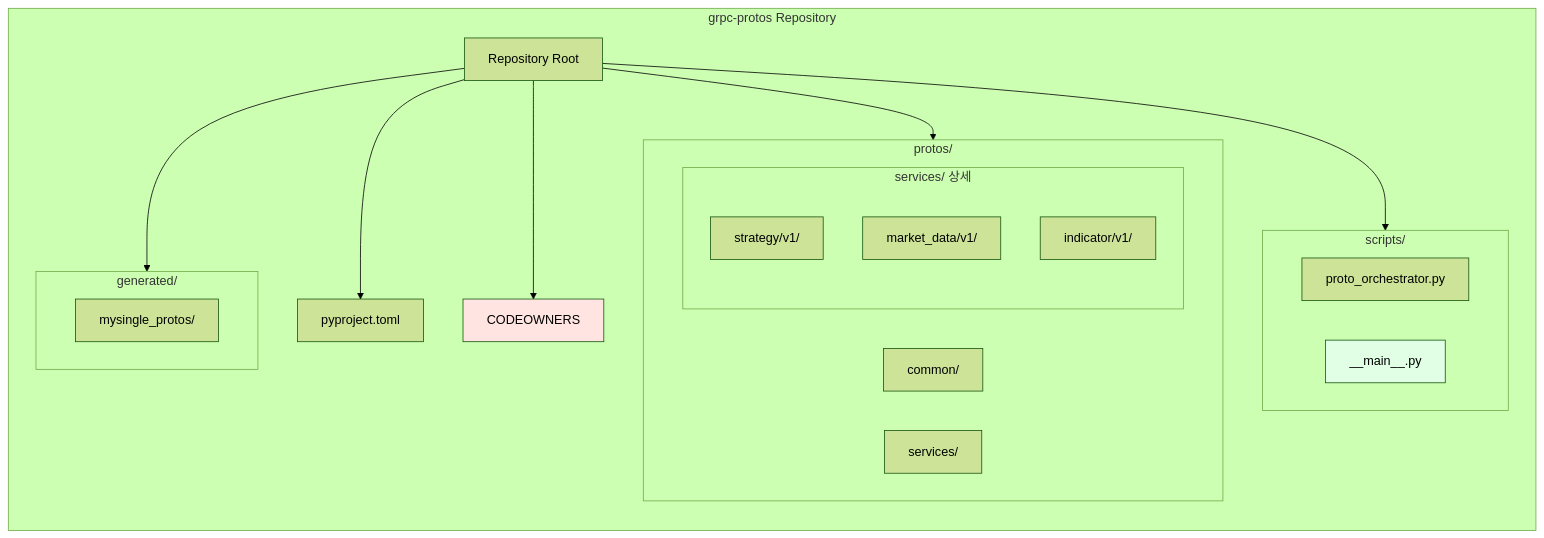
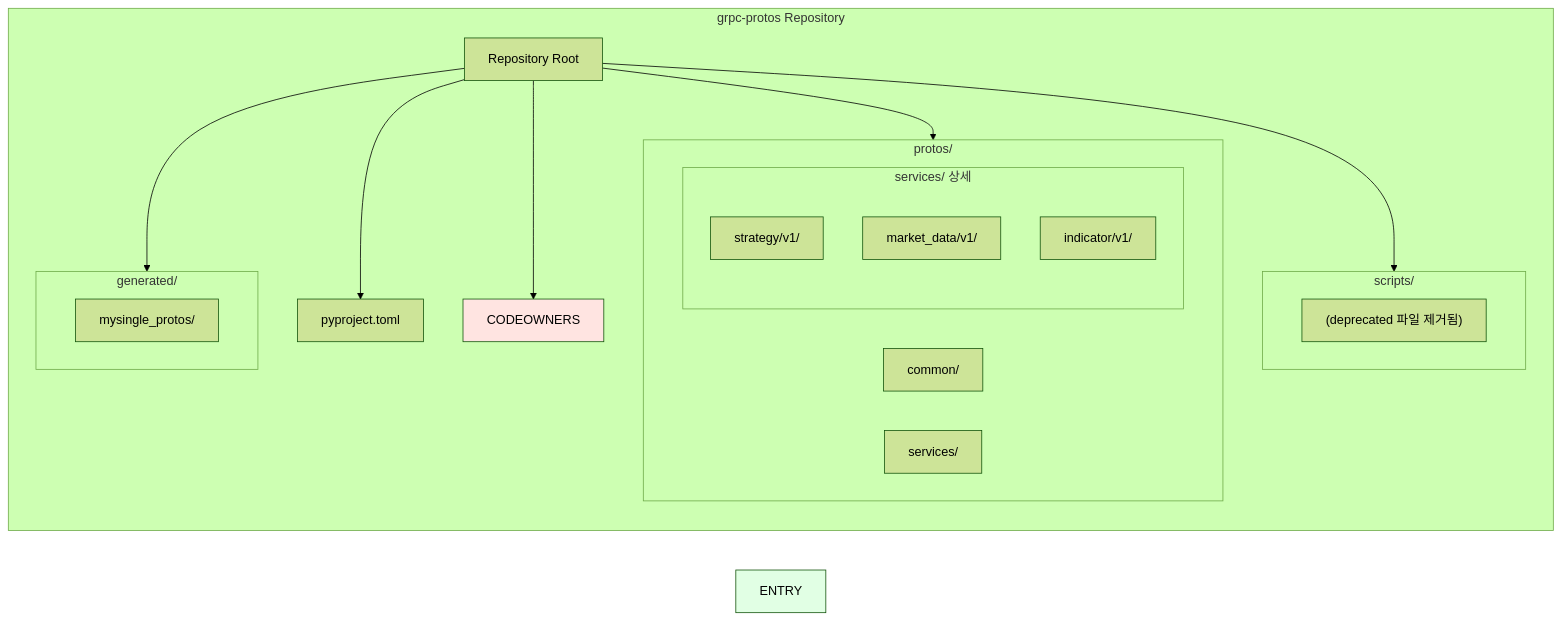
Before and after one commit to Br0therDan/grpc-protos: the second of 12 diagrams in docs/COLLABORATIVE_WORKFLOW_DESIGN.md, drawn with Mermaid (forest theme). The commit also changed other lines of this file and 10 other files, not shown here.

First line of the commit message:
feat: remove deprecated proto_orchestrator.py and enhance CLI tools

````diff
--- a/docs/COLLABORATIVE_WORKFLOW_DESIGN.md
+++ b/docs/COLLABORATIVE_WORKFLOW_DESIGN.md
@@ -131,38 +93,37 @@
 ```mermaid
 graph LR
     subgraph "grpc-protos Repository"
         ROOT["Repository Root"]
         
         subgraph "protos/"
             COMMON[common/]
             SERVICES[services/]
             
             subgraph "services/ 상세"
                 STRAT[strategy/v1/]
                 MARKET[market_data/v1/]
                 INDIC[indicator/v1/]
             end
         end
         
         subgraph "scripts/"
-            ORC[proto_orchestrator.py]
-            ENTRY[__main__.py]
+            DEPRECATED["(deprecated 파일 제거됨)"]
         end
         
         subgraph "generated/"
             PYTHON[mysingle_protos/]
         end
         
         CONFIG[pyproject.toml]
         OWNERS[CODEOWNERS]
         
         ROOT --> protos/
         ROOT --> scripts/
         ROOT --> generated/
         ROOT --> CONFIG
         ROOT --> OWNERS
     end
     
     style OWNERS fill:#FFE4E1
     style ENTRY fill:#E1FFE4
 ```
````
